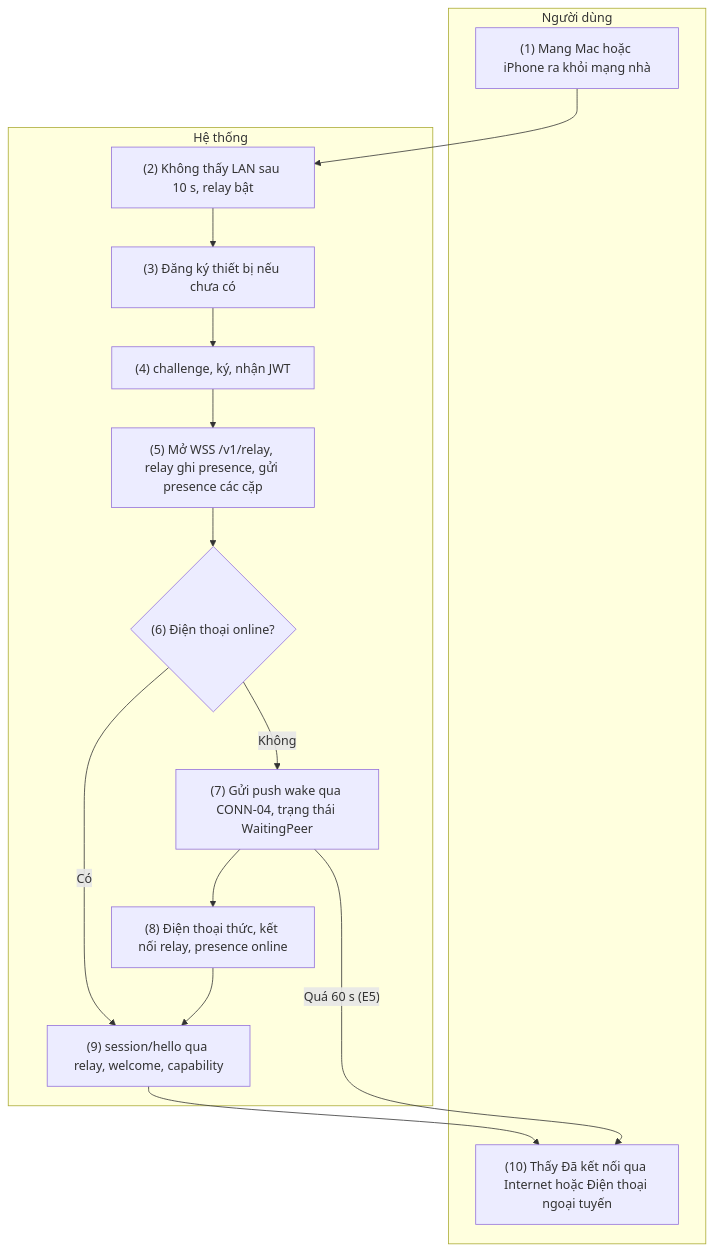
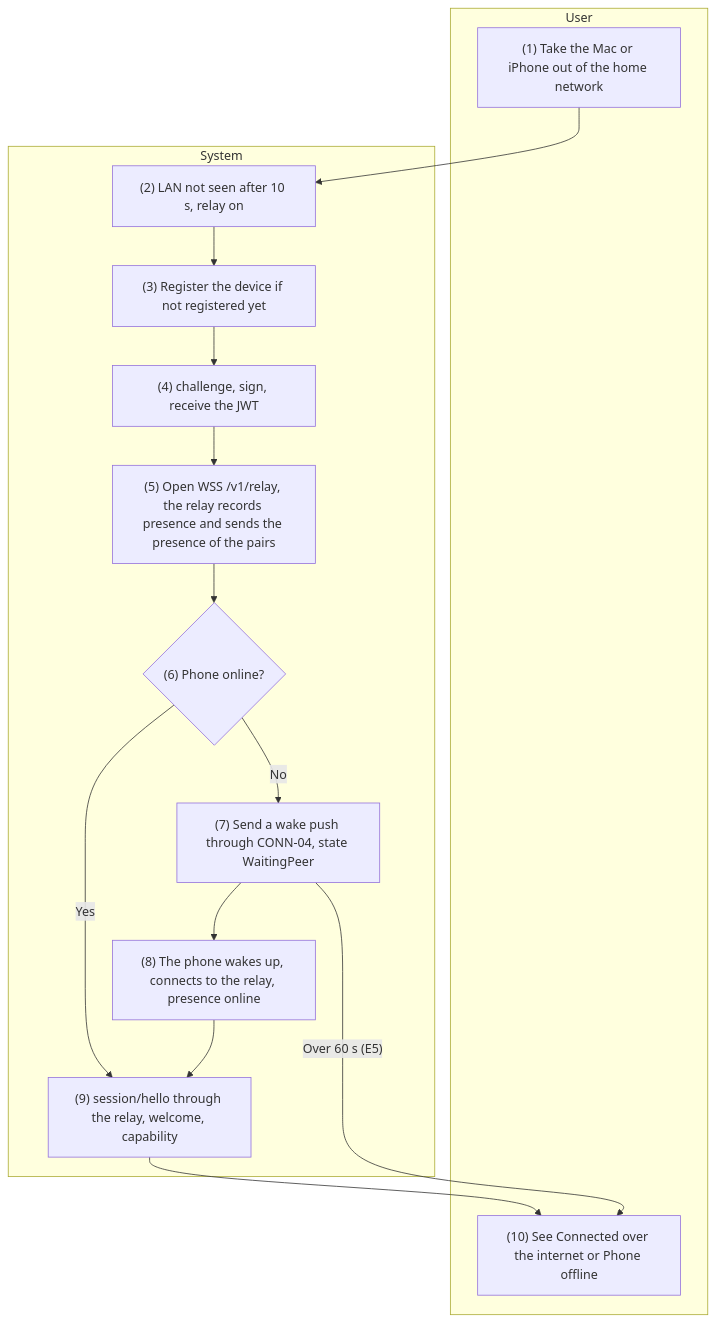
The third of 4 diagrams in docs/detailed-design/03-connectivity.md (HandLive/handlive), drawn with Mermaid before and after one commit. The commit also changed other lines of this file and 1 other file, not shown here.

````diff
--- a/docs/detailed-design/03-connectivity.md
+++ b/docs/detailed-design/03-connectivity.md
@@ -453,22 +461,22 @@
 ```mermaid
 flowchart TB
-  subgraph ND["Người dùng"]
-    U1["(1) Mang Mac hoặc iPhone ra khỏi mạng nhà"]
-    U10["(10) Thấy Đã kết nối qua Internet hoặc Điện thoại ngoại tuyến"]
+  subgraph ND["User"]
+    U1["(1) Take the Mac or iPhone out of the home network"]
+    U10["(10) See Connected over the internet or Phone offline"]
   end
-  subgraph HT["Hệ thống"]
-    S2["(2) Không thấy LAN sau 10 s, relay bật"]
-    S3["(3) Đăng ký thiết bị nếu chưa có"]
-    S4["(4) challenge, ký, nhận JWT"]
-    S5["(5) Mở WSS /v1/relay, relay ghi presence, gửi presence các cặp"]
-    D6{"(6) Điện thoại online?"}
-    S7["(7) Gửi push wake qua CONN-04, trạng thái WaitingPeer"]
-    S8["(8) Điện thoại thức, kết nối relay, presence online"]
-    S9["(9) session/hello qua relay, welcome, capability"]
+  subgraph HT["System"]
+    S2["(2) LAN not seen after 10 s, relay on"]
+    S3["(3) Register the device if not registered yet"]
+    S4["(4) challenge, sign, receive the JWT"]
+    S5["(5) Open WSS /v1/relay, the relay records presence and sends the presence of the pairs"]
+    D6{"(6) Phone online?"}
+    S7["(7) Send a wake push through CONN-04, state WaitingPeer"]
+    S8["(8) The phone wakes up, connects to the relay, presence online"]
+    S9["(9) session/hello through the relay, welcome, capability"]
   end
   U1 --> S2 --> S3 --> S4 --> S5 --> D6
-  D6 -- "Có" --> S9
-  D6 -- "Không" --> S7 --> S8 --> S9
-  S7 -- "Quá 60 s (E5)" --> U10
+  D6 -- "Yes" --> S9
+  D6 -- "No" --> S7 --> S8 --> S9
+  S7 -- "Over 60 s (E5)" --> U10
   S9 --> U10
 ```
````
